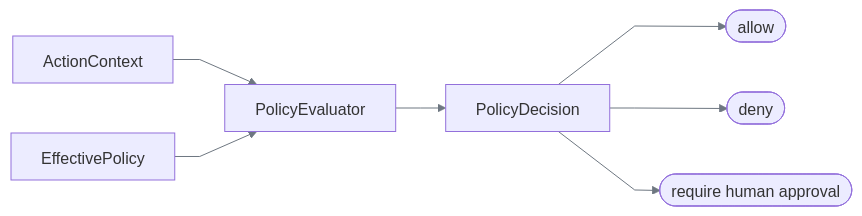
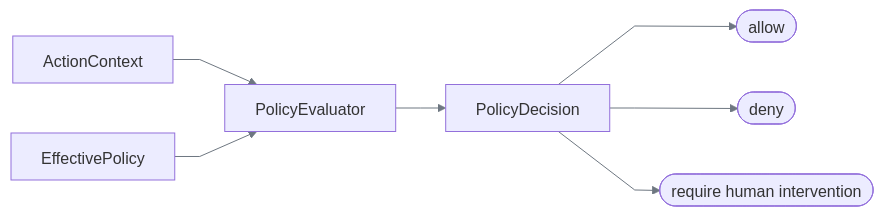
Before and after one commit to SivaTSS/replay-forge: the fourth of 6 diagrams in docs/data-models.md, drawn with Mermaid. The commit also changed 52 other files, not shown here.

````diff
--- a/docs/data-models.md
+++ b/docs/data-models.md
@@ -190,11 +190,11 @@
 ```mermaid
 %%{init: {"htmlLabels":false,"themeVariables":{"lineColor":"#6E7781","signalColor":"#6E7781"},"flowchart":{"curve":"linear"},"sequence":{"wrap":true}}}%%
 flowchart LR
     C[ActionContext] --> E[PolicyEvaluator]
     L[EffectivePolicy] --> E
     E --> D[PolicyDecision]
     D --> A([allow])
     D --> N([deny])
-    D --> H([require human approval])
+    D --> H([require human intervention])
 
 ```
````
